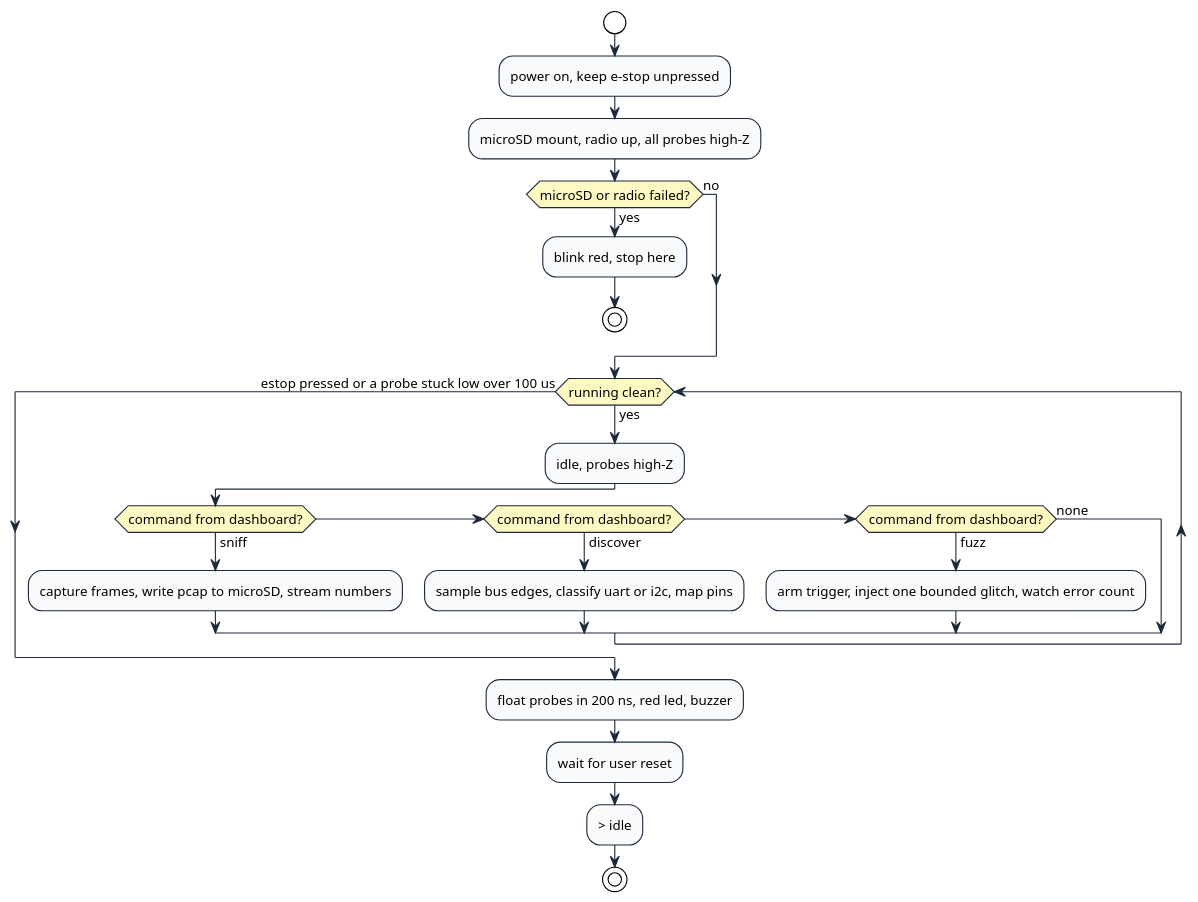
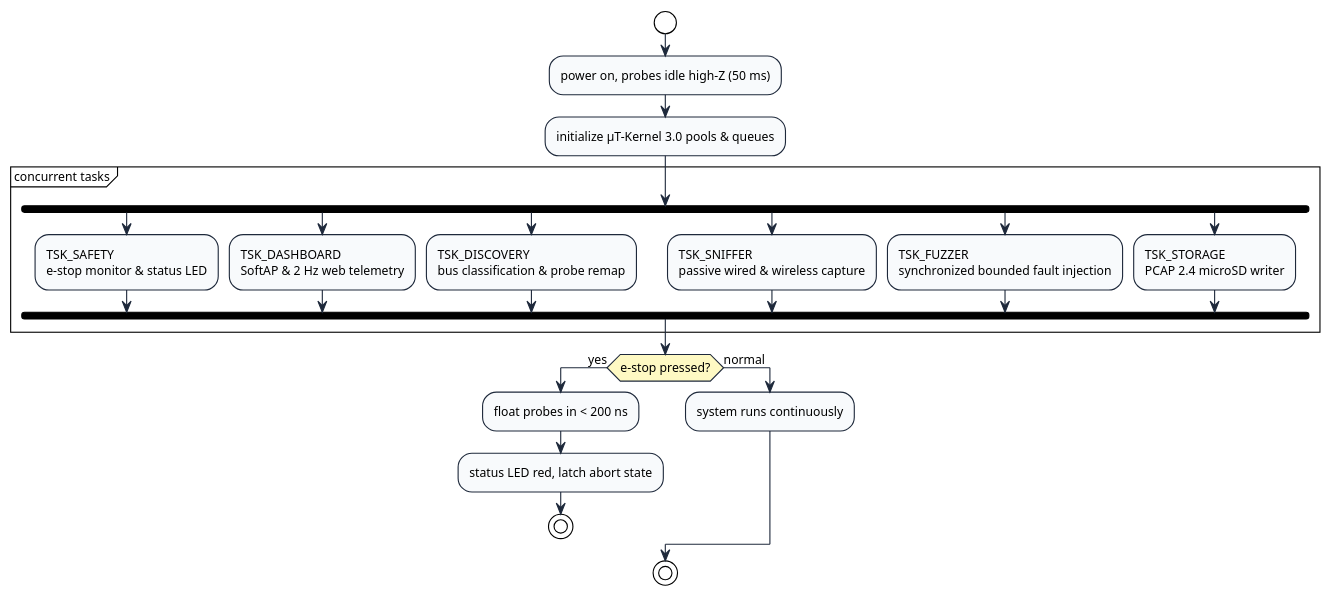
The diagram in reports/diagrams/main_flow.puml (adoreblvnk/whattheflip), drawn with PlantUML before and after one commit. The commit also changed 11 other files, not shown here.

First line of the commit message:
docs: rework hardware enumeration, tech stack, and bench diagrams

```diff
--- a/reports/diagrams/main_flow.puml
+++ b/reports/diagrams/main_flow.puml
@@ -1,36 +1,46 @@
 @startuml main_flow
 !theme plain
 skinparam backgroundColor #FFFFFF
 skinparam defaultFontName Arial
-skinparam defaultFontSize 12
+skinparam defaultFontSize 11
 skinparam shadowing false
 skinparam ActivityBorderColor #1E293B
 skinparam ActivityBackgroundColor #F8FAFC
 skinparam ActivityDiamondBackgroundColor #FEF9C3
 skinparam ArrowColor #1E293B
 
 start
-:power on, keep e-stop unpressed;
-:microSD mount, radio up, all probes high-Z;
-if (microSD or radio failed?) then (yes)
-  :blink red, stop here;
+:power on, probes idle high-Z (50 ms);
+:initialize µT-Kernel 3.0 pools & queues;
+
+partition "concurrent tasks" {
+  fork
+    :TSK_SAFETY
+    e-stop monitor & status LED;
+  fork again
+    :TSK_DASHBOARD
+    SoftAP & 2 Hz web telemetry;
+  fork again
+    :TSK_DISCOVERY
+    bus classification & probe remap;
+  fork again
+    :TSK_SNIFFER
+    passive wired & wireless capture;
+  fork again
+    :TSK_FUZZER
+    synchronized bounded fault injection;
+  fork again
+    :TSK_STORAGE
+    PCAP 2.4 microSD writer;
+  end fork
+}
+
+if (e-stop pressed?) then (yes)
+  :float probes in < 200 ns;
+  :status LED red, latch abort state;
   stop
-else (no)
+else (normal)
+  :system runs continuously;
 endif
-
-while (running clean?) is (yes)
-  :idle, probes high-Z;
-  if (command from dashboard?) then (sniff)
-    :capture frames, write pcap to microSD, stream numbers;
-  elseif (command from dashboard?) then (discover)
-    :sample bus edges, classify uart or i2c, map pins;
-  elseif (command from dashboard?) then (fuzz)
-    :arm trigger, inject one bounded glitch, watch error count;
-  else (none)
-  endif
-endwhile (estop pressed or a probe stuck low over 100 us)
-:float probes in 200 ns, red led, buzzer;
-:wait for user reset;
--> idle
 stop
 @enduml
```
